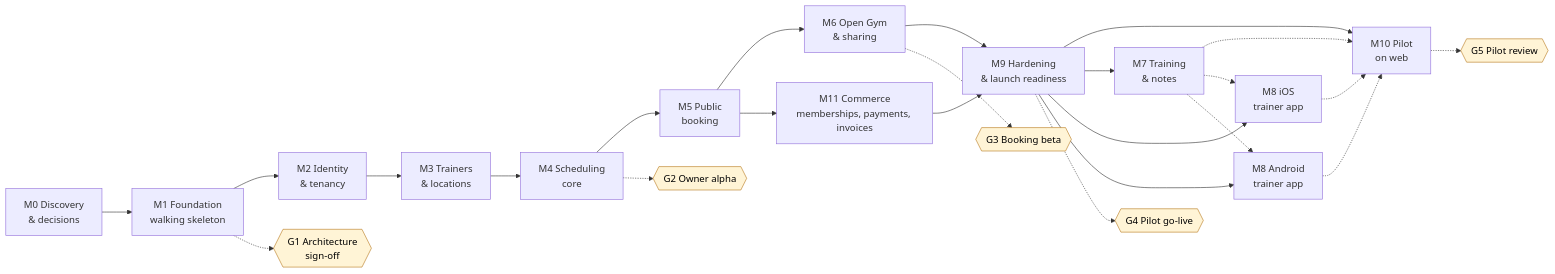
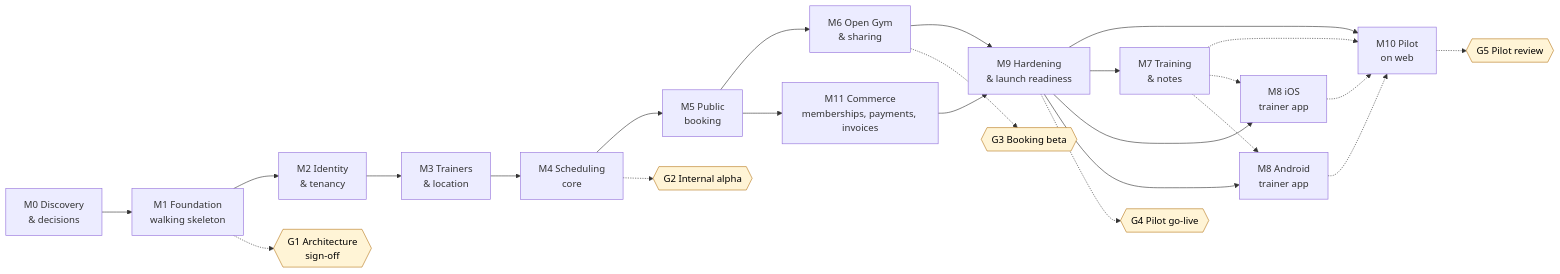
The first of 2 diagrams in docs/product/ROADMAP.md (fivvi-app/fivvi), drawn with Mermaid before and after one commit. The commit also changed other lines of this file and 23 other files, not shown here.

First line of the commit message:
docs: owner review: no parallel run, one location, no Admin role

````diff
--- a/docs/product/ROADMAP.md
+++ b/docs/product/ROADMAP.md
@@ -82,34 +82,34 @@
 ```mermaid
 flowchart LR
   M0[M0 Discovery<br/>& decisions] --> M1[M1 Foundation<br/>walking skeleton]
   M1 --> M2[M2 Identity<br/>& tenancy]
-  M2 --> M3[M3 Trainers<br/>& locations]
+  M2 --> M3[M3 Trainers<br/>& location]
   M3 --> M4[M4 Scheduling<br/>core]
   M4 --> M5[M5 Public<br/>booking]
   M5 --> M6[M6 Open Gym<br/>& sharing]
   M5 --> M11[M11 Commerce<br/>memberships, payments, invoices]
   M6 --> M9[M9 Hardening<br/>& launch readiness]
   M11 --> M9
   M9 --> M10[M10 Pilot<br/>on web]
   M9 --> M7[M7 Training<br/>& notes]
   M9 --> M8i[M8 iOS<br/>trainer app]
   M9 --> M8a[M8 Android<br/>trainer app]
   M7 -.-> M10
   M7 -.-> M8i
   M7 -.-> M8a
   M8i -.-> M10
   M8a -.-> M10
 
   G1{{G1 Architecture<br/>sign-off}}:::gate
-  G2{{G2 Owner alpha}}:::gate
+  G2{{G2 Internal alpha}}:::gate
   G3{{G3 Booking beta}}:::gate
   G4{{G4 Pilot go-live}}:::gate
   G5{{G5 Pilot review}}:::gate
   M1 -.-> G1
   M4 -.-> G2
   M6 -.-> G3
   M9 -.-> G4
   M10 -.-> G5
 
   classDef gate fill:#fff4d6,stroke:#b7791f,color:#000;
 ```
````
